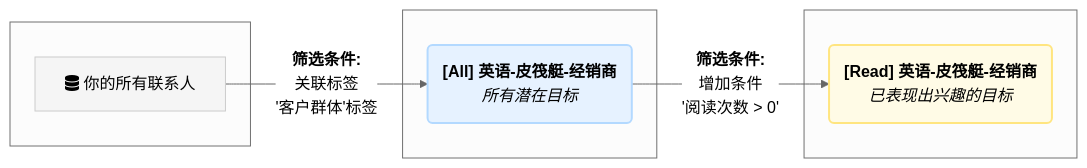
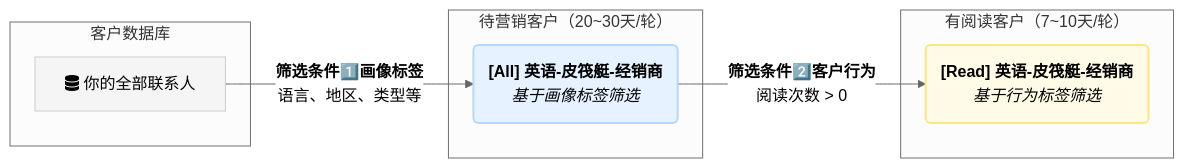
One commit to suxuemi/laifaxin changed the seventh of 13 diagrams in docs/zhinan/customer-management-section.md. Above: the diagram before and after it, drawn with Mermaid (neutral theme). The commit also changed other lines of this file and 2 other files, not shown here.

````diff
--- a/docs/zhinan/customer-management-section.md
+++ b/docs/zhinan/customer-management-section.md
@@ -271,21 +317,21 @@
 ```mermaid
 graph LR
-    subgraph " "
-        A[fa:fa-database 你的所有联系人]
+    subgraph "客户数据库"
+        A[fa:fa-database 你的全部联系人]
     end
 
-    subgraph " "
-        B("<b>[All] 英语-皮筏艇-经销商</b><br><i>所有潜在目标</i>")
+    subgraph "待营销客户（20~30天/轮）"
+        B("<b>[All] 英语-皮筏艇-经销商</b><br><i>基于画像标签筛选</i>")
     end
     
-    subgraph " "
-        C("<b>[Read] 英语-皮筏艇-经销商</b><br><i>已表现出兴趣的目标</i>")
+    subgraph "有阅读客户（7~10天/轮）"
+        C("<b>[Read] 英语-皮筏艇-经销商</b><br><i>基于行为标签筛选</i>")
     end
 
-    A -- "<b>筛选条件:</b><br>关联标签<br>'客户群体'标签" --> B
-    B -- "<b>筛选条件:</b><br>增加条件<br>'阅读次数 > 0'" --> C
+    A -- "<b>筛选条件1️⃣画像标签</b><br>语言、地区、类型等" --> B
+    B -- "<b>筛选条件2️⃣客户行为</b><br>阅读次数 > 0 " --> C
 
     style A fill:#f5f5f5,stroke:#ccc
     style B fill:#e6f2ff,stroke:#b3d9ff,stroke-width:2px
     style C fill:#fffbe6,stroke:#ffe580,stroke-width:2px
 ```
````
